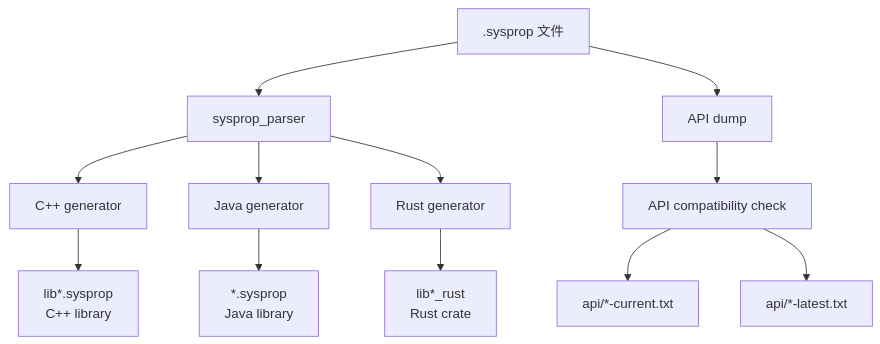
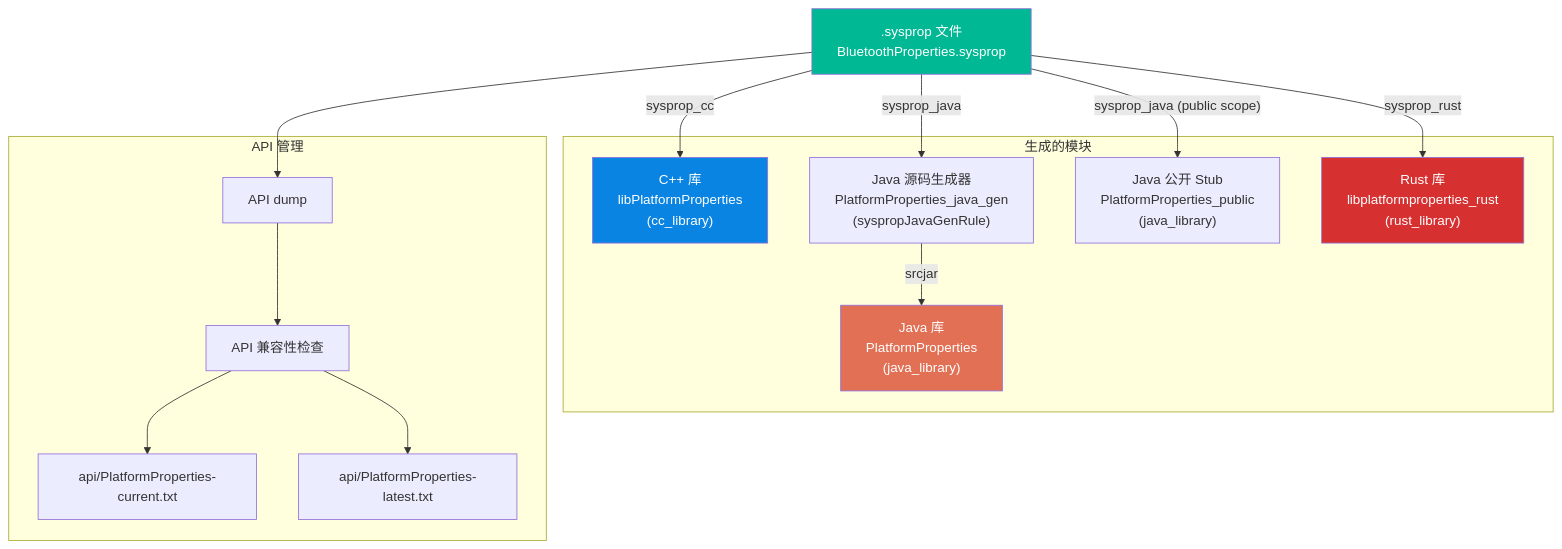
Before and after one commit to fwrite0920/aosp-internal-book: the seventh of 10 diagrams in 06-system-properties-zh.md, drawn with Mermaid. The commit also changed other lines of this file and 63 other files, not shown here.

````diff
--- a/06-system-properties-zh.md
+++ b/06-system-properties-zh.md
@@ -924,16 +1364,35 @@
 ```mermaid
 graph TB
-    SYSPROP[".sysprop 文件"] --> PARSER["sysprop_parser"]
-    PARSER --> CC["C++ generator"]
-    PARSER --> JAVA["Java generator"]
-    PARSER --> RUST["Rust generator"]
+    SYSPROP[".sysprop 文件<br/>BluetoothProperties.sysprop"]
 
-    CC --> CC_LIB["lib*.sysprop<br/>C++ library"]
-    JAVA --> JAVA_LIB["*.sysprop<br/>Java library"]
-    RUST --> RUST_LIB["lib*_rust<br/>Rust crate"]
+    subgraph "生成的模块"
+        CC_LIB["C++ 库<br/>libPlatformProperties<br/>(cc_library)"]
+        JAVA_GEN["Java 源码生成器<br/>PlatformProperties_java_gen<br/>(syspropJavaGenRule)"]
+        JAVA_LIB["Java 库<br/>PlatformProperties<br/>(java_library)"]
+        JAVA_PUB["Java 公开 Stub<br/>PlatformProperties_public<br/>(java_library)"]
+        RUST_LIB["Rust 库<br/>libplatformproperties_rust<br/>(rust_library)"]
+    end
 
-    SYSPROP --> DUMP["API dump"]
-    DUMP --> CHECK["API compatibility check"]
-    CHECK --> CURRENT["api/*-current.txt"]
-    CHECK --> LATEST["api/*-latest.txt"]
+    SYSPROP -->|"sysprop_cc"| CC_LIB
+    SYSPROP -->|"sysprop_java"| JAVA_GEN
+    JAVA_GEN -->|"srcjar"| JAVA_LIB
+    SYSPROP -->|"sysprop_java (public scope)"| JAVA_PUB
+    SYSPROP -->|"sysprop_rust"| RUST_LIB
+
+    subgraph "API 管理"
+        CURRENT["api/PlatformProperties-current.txt"]
+        LATEST["api/PlatformProperties-latest.txt"]
+        DUMP["API dump"]
+        CHECK["API 兼容性检查"]
+    end
+
+    SYSPROP --> DUMP
+    DUMP --> CHECK
+    CHECK --> CURRENT
+    CHECK --> LATEST
+
+    style SYSPROP fill:#00b894,color:#fff
+    style CC_LIB fill:#0984e3,color:#fff
+    style JAVA_LIB fill:#e17055,color:#fff
+    style RUST_LIB fill:#d63031,color:#fff
 ```
````
